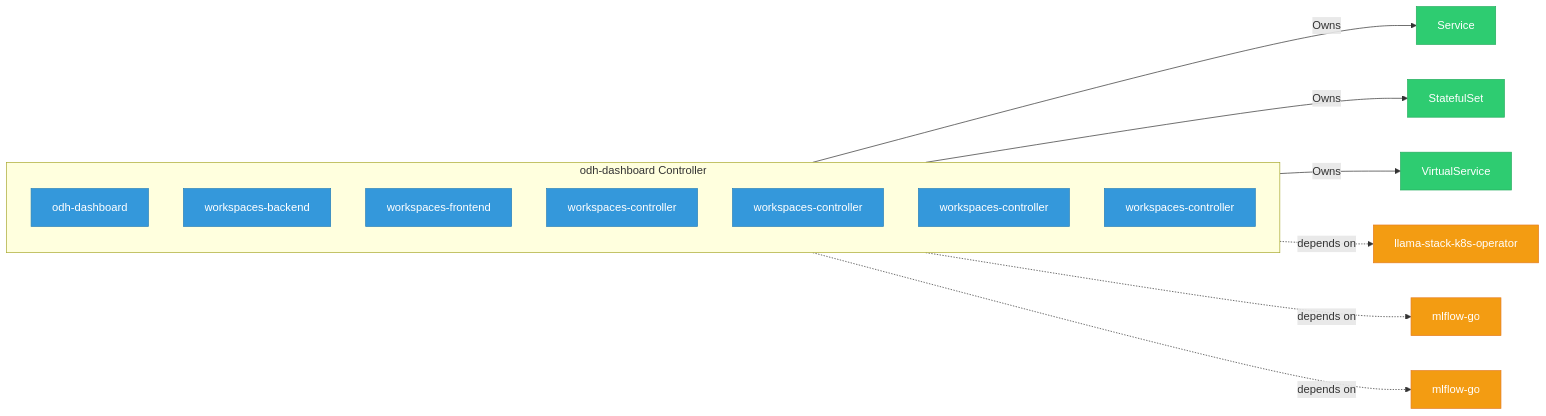
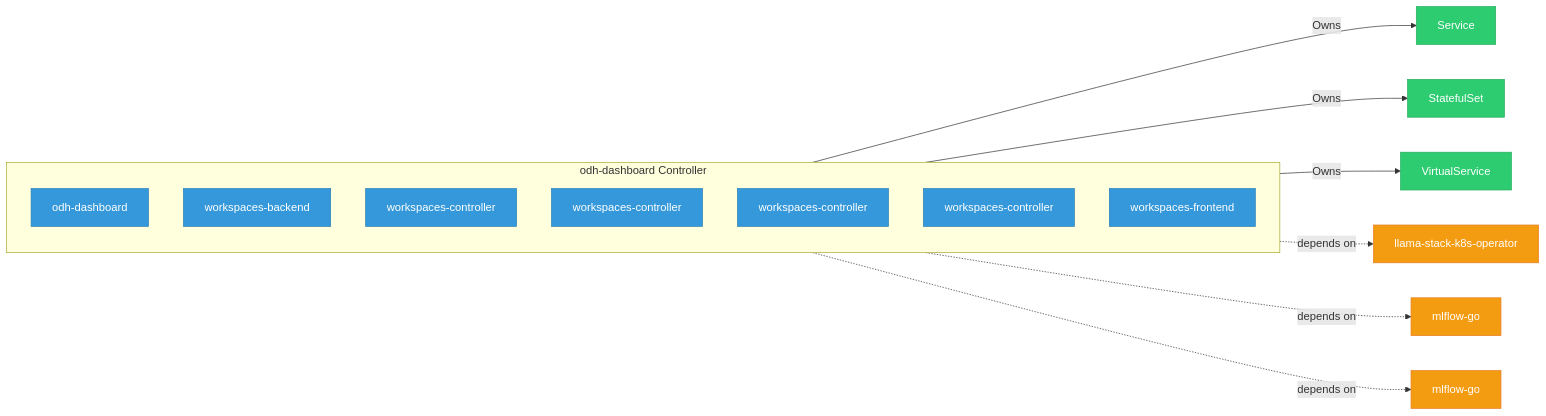
The diagram in site/docs/rhoai-platform/components/odh_dashboard/index.md (ugiordan/rhoai-architecture-analyzer), drawn with Mermaid before and after one commit. The commit also changed other lines of this file and 214 other files, not shown here.

````diff
--- a/site/docs/rhoai-platform/components/odh_dashboard/index.md
+++ b/site/docs/rhoai-platform/components/odh_dashboard/index.md
@@ -22,40 +25,40 @@
 ```mermaid
 graph LR
     %% Component architecture for odh-dashboard
 
     classDef crd fill:#e74c3c,stroke:#c0392b,color:#fff
     classDef controller fill:#3498db,stroke:#2980b9,color:#fff
     classDef owned fill:#2ecc71,stroke:#27ae60,color:#fff
     classDef external fill:#95a5a6,stroke:#7f8c8d,color:#fff
     classDef dep fill:#f39c12,stroke:#e67e22,color:#fff
 
     subgraph controller["odh-dashboard Controller"]
         dep_1["odh-dashboard"]
         class dep_1 controller
         dep_2["workspaces-backend"]
         class dep_2 controller
-        dep_3["workspaces-frontend"]
+        dep_3["workspaces-controller"]
         class dep_3 controller
         dep_4["workspaces-controller"]
         class dep_4 controller
         dep_5["workspaces-controller"]
         class dep_5 controller
         dep_6["workspaces-controller"]
         class dep_6 controller
-        dep_7["workspaces-controller"]
+        dep_7["workspaces-frontend"]
         class dep_7 controller
     end
 
     controller -->|"Owns"| owned_8["Service"]
     class owned_8 owned
     controller -->|"Owns"| owned_9["StatefulSet"]
     class owned_9 owned
     controller -->|"Owns"| owned_10["VirtualService"]
     class owned_10 owned
     controller -.->|"depends on"| odh_11["llama-stack-k8s-operator"]
     class odh_11 dep
     controller -.->|"depends on"| odh_12["mlflow-go"]
     class odh_12 dep
     controller -.->|"depends on"| odh_13["mlflow-go"]
     class odh_13 dep
 ```
````
